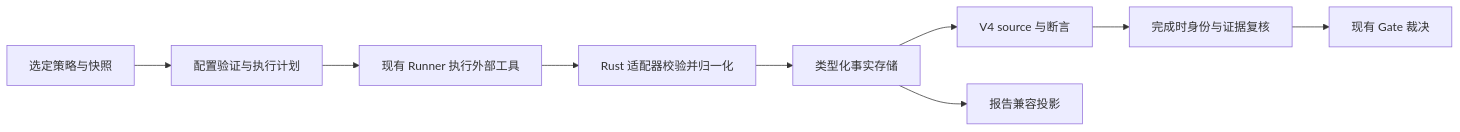
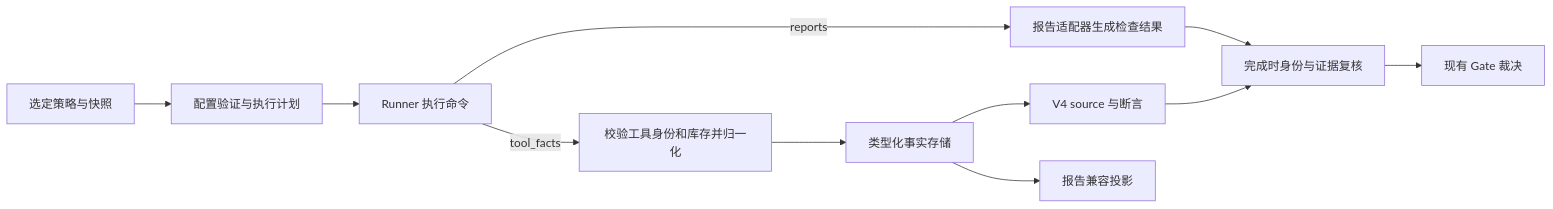
The diagram in codespec/design/tool-facts-and-assertions.md (coolplayagent/qualitygate-cli), drawn with Mermaid before and after one commit. The commit also changed other lines of this file and 28 other files, not shown here.

````diff
--- a/codespec/design/tool-facts-and-assertions.md
+++ b/codespec/design/tool-facts-and-assertions.md
@@ -52,11 +41,13 @@
 ```mermaid
 flowchart LR
     P[选定策略与快照] --> C[配置验证与执行计划]
-    C --> R[现有 Runner 执行外部工具]
-    R --> A[Rust 适配器校验并归一化]
+    C --> R[Runner 执行命令]
+    R -->|reports| D[报告适配器生成检查结果]
+    R -->|tool_facts| A[校验工具身份和库存并归一化]
     A --> F[类型化事实存储]
     F --> E[V4 source 与断言]
+    D --> V
     E --> V[完成时身份与证据复核]
     V --> G[现有 Gate 裁决]
     F --> O[报告兼容投影]
 ```
````
